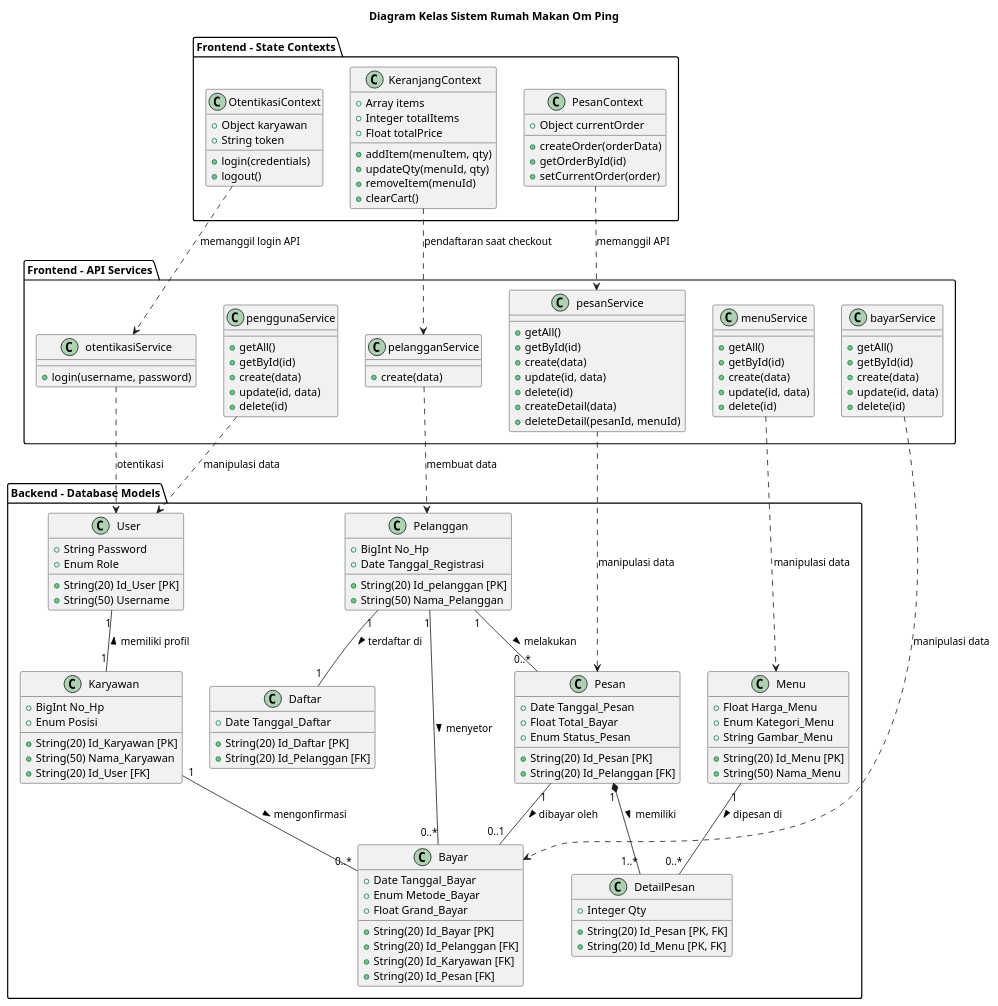
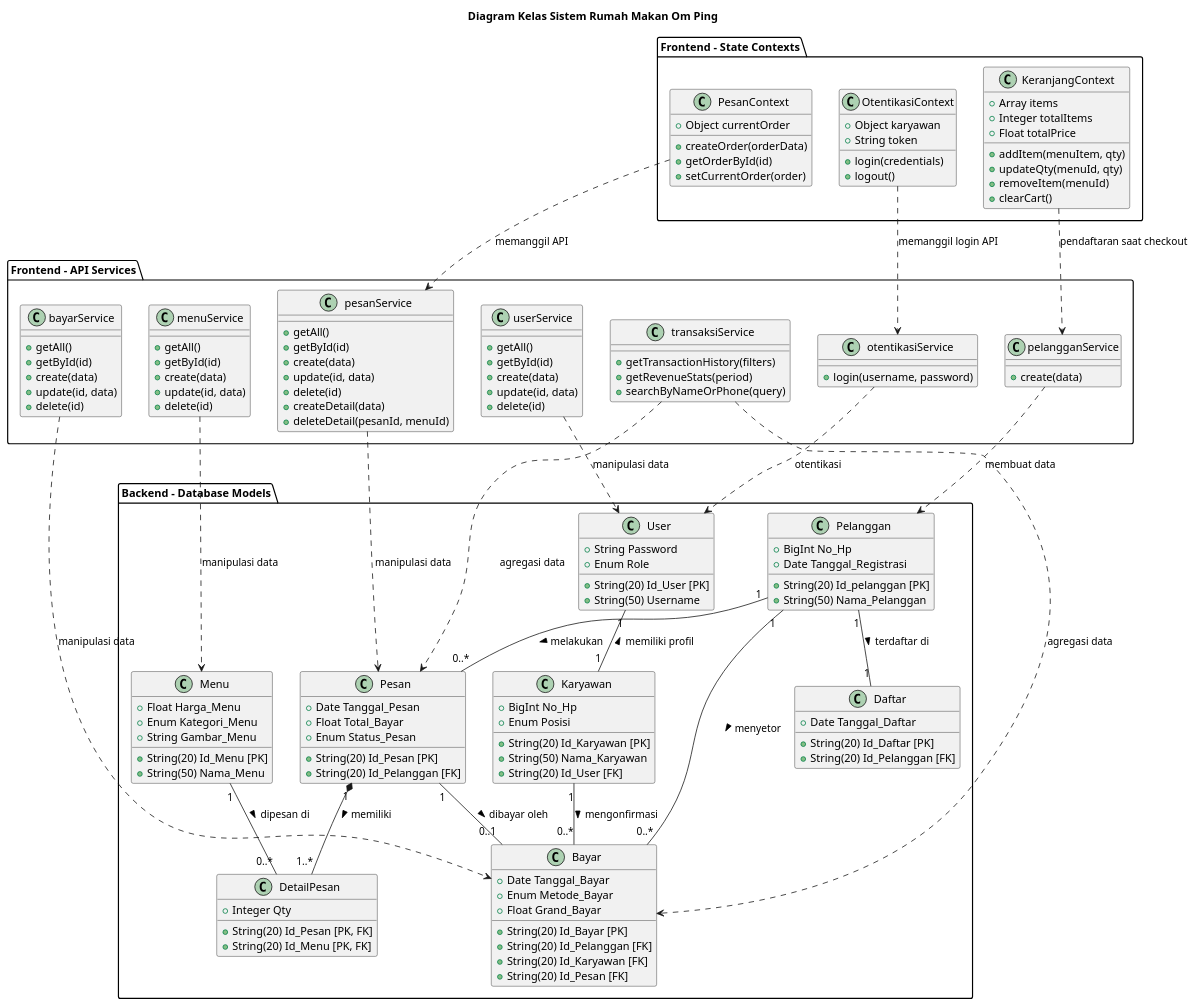
The first of 2 diagrams in class_diagram.md (rakhafauh/RumahMakanOmPing), drawn with PlantUML before and after one commit. The commit also changed other lines of this file, not shown here.

Commit message:
docs: rename penggunaService to userService and add transaksiService

```diff
--- a/class_diagram.md
+++ b/class_diagram.md
@@ -152,12 +152,18 @@
         + login(username, password)
     }
 
-    class penggunaService {
+    class userService {
         + getAll()
         + getById(id)
         + create(data)
         + update(id, data)
         + delete(id)
+    }
+
+    class transaksiService {
+        + getTransactionHistory(filters)
+        + getRevenueStats(period)
+        + searchByNameOrPhone(query)
     }
 }
 
@@ -167,7 +173,9 @@
 menuService ..> Menu : manipulasi data
 pelangganService ..> Pelanggan : membuat data
 otentikasiService ..> User : otentikasi
-penggunaService ..> User : manipulasi data
+userService ..> User : manipulasi data
+transaksiService ..> Bayar : agregasi data
+transaksiService ..> Pesan : agregasi data
 
 ' Hubungan Internal Frontend
 PesanContext ..> pesanService : memanggil API
```
